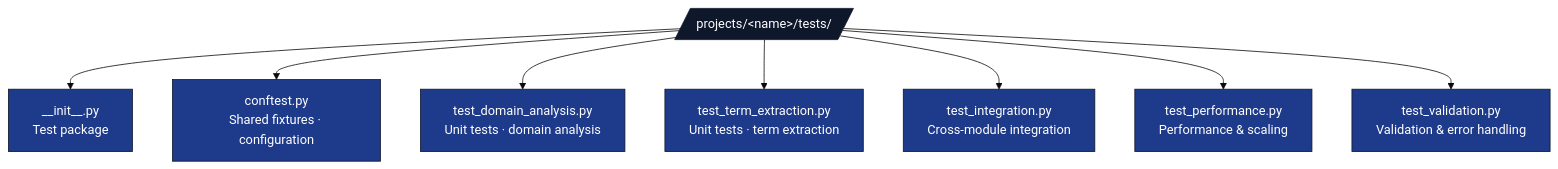
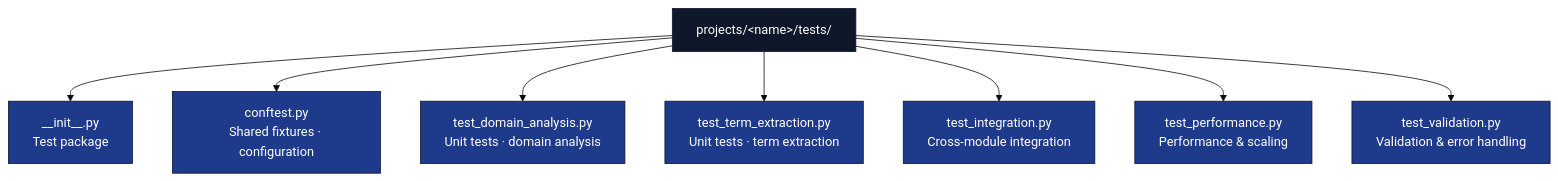
The fifth of 7 diagrams in projects/AGENTS.md (docxology/template), drawn with Mermaid (base theme) before and after one commit. The commit also changed other lines of this file and 94 other files, not shown here.

````diff
--- a/projects/AGENTS.md
+++ b/projects/AGENTS.md
@@ -463,16 +463,16 @@
 ```mermaid
 flowchart TB
-    T[/projects/&lt;name&gt;/tests//]
+    T[projects/&lt;name&gt;/tests/]
     T --> INIT[__init__.py<br/>Test package]
     T --> CFG[conftest.py<br/>Shared fixtures · configuration]
     T --> DA[test_domain_analysis.py<br/>Unit tests · domain analysis]
     T --> TE[test_term_extraction.py<br/>Unit tests · term extraction]
     T --> INT[test_integration.py<br/>Cross-module integration]
     T --> PERF[test_performance.py<br/>Performance &amp; scaling]
     T --> VAL[test_validation.py<br/>Validation &amp; error handling]
 
     classDef d fill:#0f172a,stroke:#0f172a,color:#fff
     classDef code fill:#1e3a8a,stroke:#0f172a,color:#fff
     class T d
     class INIT,CFG,DA,TE,INT,PERF,VAL code
 ```
````
